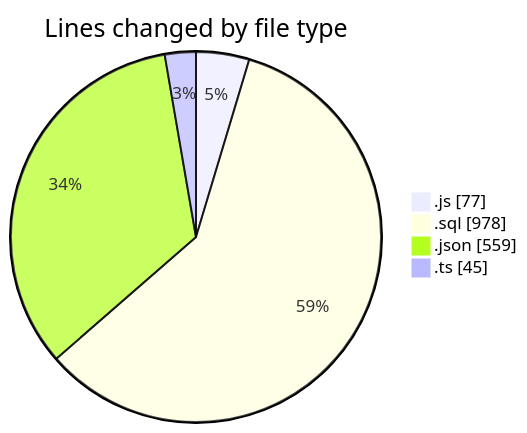
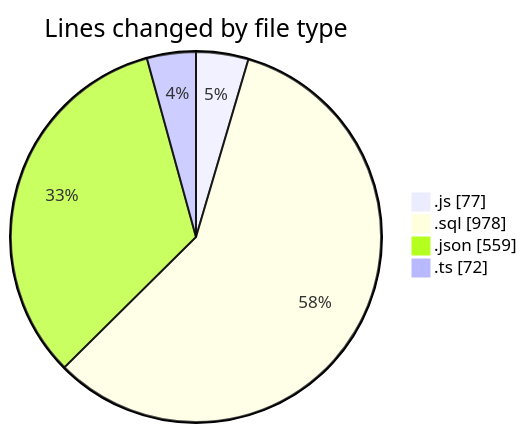
The first of 2 diagrams in 2026-05-20/cda/README.md (momahboobian/code-tracking), drawn with Mermaid before and after one commit. The commit also changed other lines of this file and 1 other file, not shown here.

````diff
--- a/2026-05-20/cda/README.md
+++ b/2026-05-20/cda/README.md
@@ -28,8 +28,8 @@
 ```mermaid
 pie showData
 title Lines changed by file type
 ".js" : 77
 ".sql" : 978
 ".json" : 559
-".ts" : 45
+".ts" : 72
 ```
````
